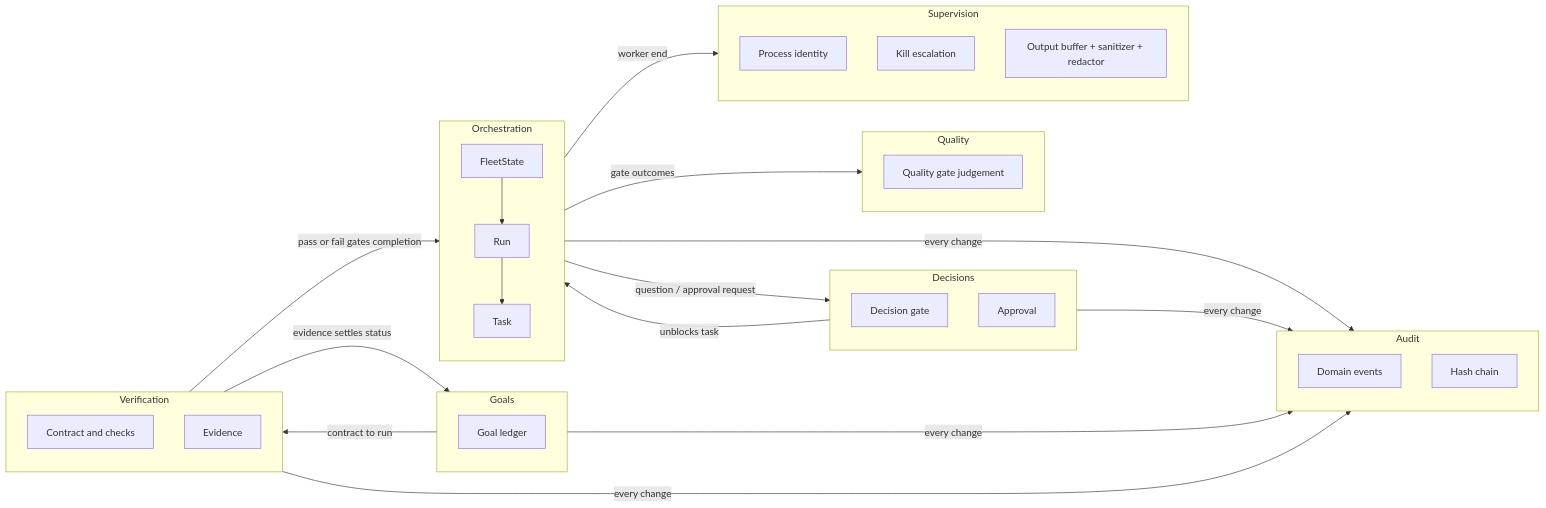
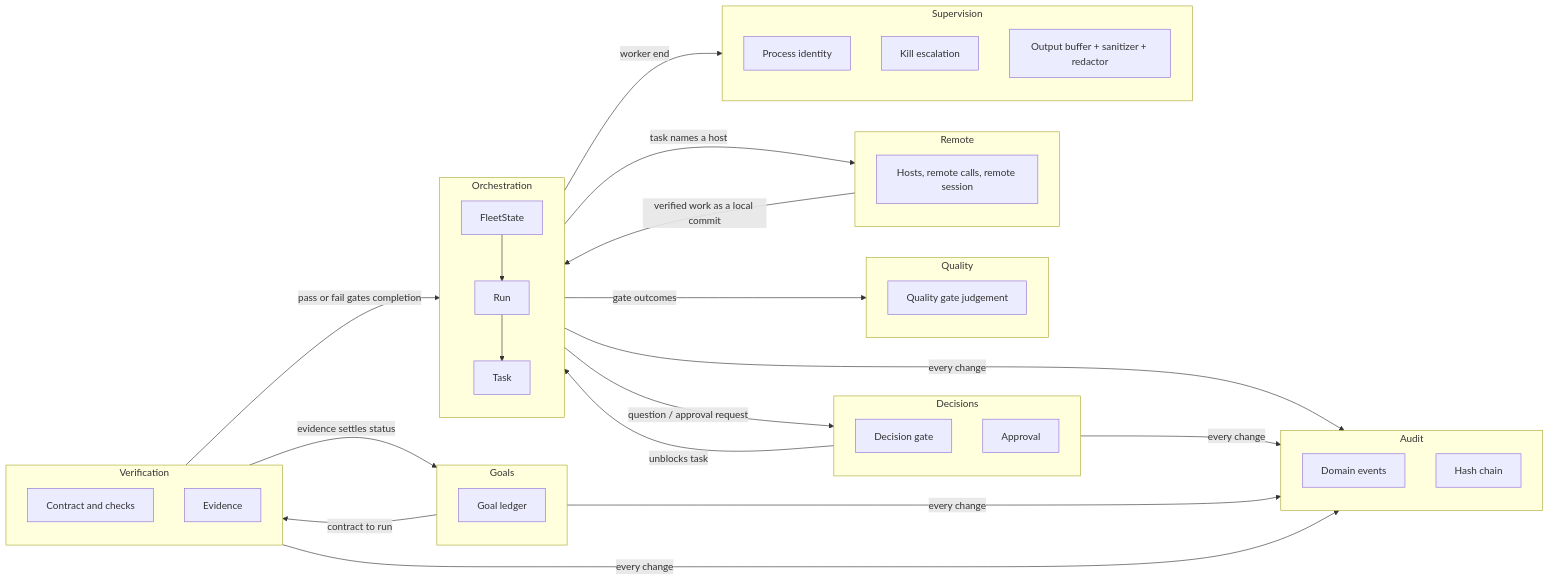
The diagram in docs/domain.md (kienpt91/agent-fleet), drawn with Mermaid before and after one commit. The commit also changed other lines of this file and 4 other files, not shown here.

````diff
--- a/docs/domain.md
+++ b/docs/domain.md
@@ -73,41 +79,46 @@
 ```mermaid
 flowchart LR
   subgraph Orchestration
     Run --> Task
     Fleet[FleetState] --> Run
   end
   subgraph Decisions
     DG[Decision gate]
     AP[Approval]
   end
   subgraph Quality
     QG[Quality gate judgement]
+  end
+  subgraph Remote
+    RH[Hosts, remote calls, remote session]
   end
   subgraph Supervision
     PI[Process identity]
     KE[Kill escalation]
     OB[Output buffer + sanitizer + redactor]
   end
   subgraph Audit
     EV[Domain events]
     CH[Hash chain]
   end
   subgraph Goals
     GL[Goal ledger]
   end
   subgraph Verification
     VC[Contract and checks]
     EVD[Evidence]
   end
   Orchestration -- "question / approval request" --> Decisions
   Decisions -- "unblocks task" --> Orchestration
   Orchestration -- "gate outcomes" --> Quality
   Orchestration -- "worker end" --> Supervision
+  Orchestration -- "task names a host" --> Remote
+  Remote -- "verified work as a local commit" --> Orchestration
   Orchestration -- "every change" --> Audit
   Decisions -- "every change" --> Audit
   Goals -- "contract to run" --> Verification
   Verification -- "evidence settles status" --> Goals
   Verification -- "pass or fail gates completion" --> Orchestration
   Goals -- "every change" --> Audit
   Verification -- "every change" --> Audit
 ```
````
